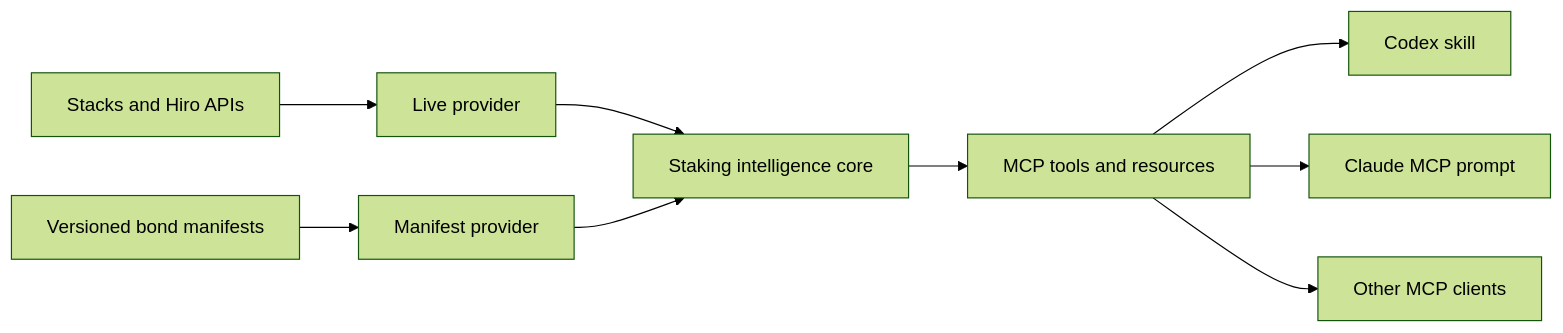
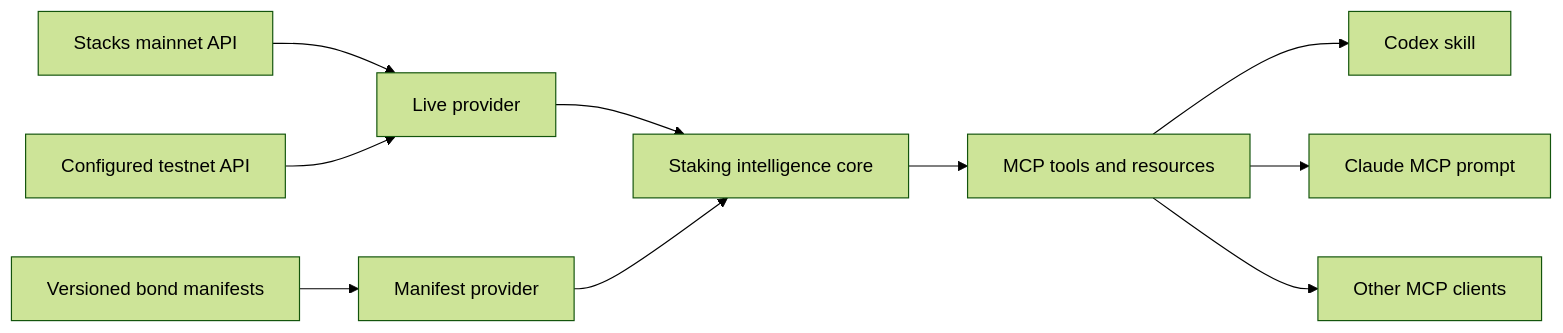
One commit to andre-stacks/bitcoin-staking-mcp changed the diagram in docs/TECHNICAL_SPEC.md. Above: the diagram before and after it, drawn with Mermaid (forest theme). The commit also changed other lines of this file and 12 other files, not shown here.

Commit message:
Add live PoX-5 testnet bond discovery

````diff
--- a/docs/TECHNICAL_SPEC.md
+++ b/docs/TECHNICAL_SPEC.md
@@ -5,11 +5,12 @@
 ```mermaid
 flowchart LR
-  A["Stacks and Hiro APIs"] --> P["Live provider"]
+  A["Stacks mainnet API"] --> P["Live provider"]
+  T["Configured testnet API"] --> P
   B["Versioned bond manifests"] --> M["Manifest provider"]
   P --> C["Staking intelligence core"]
   M --> C
   C --> S["MCP tools and resources"]
   S --> X["Codex skill"]
   S --> Y["Claude MCP prompt"]
   S --> Z["Other MCP clients"]
 ```
````
